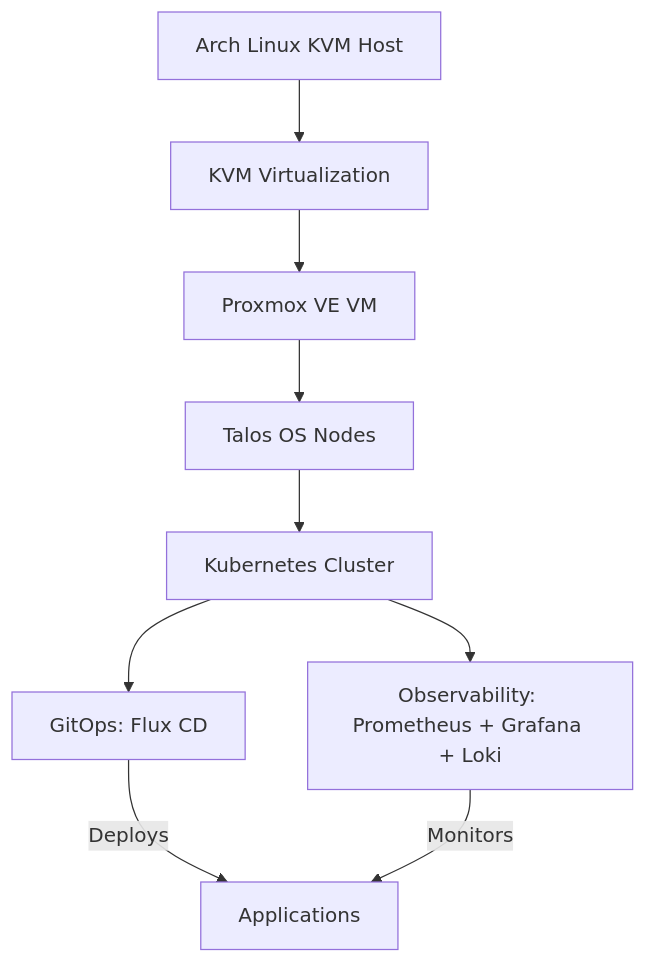
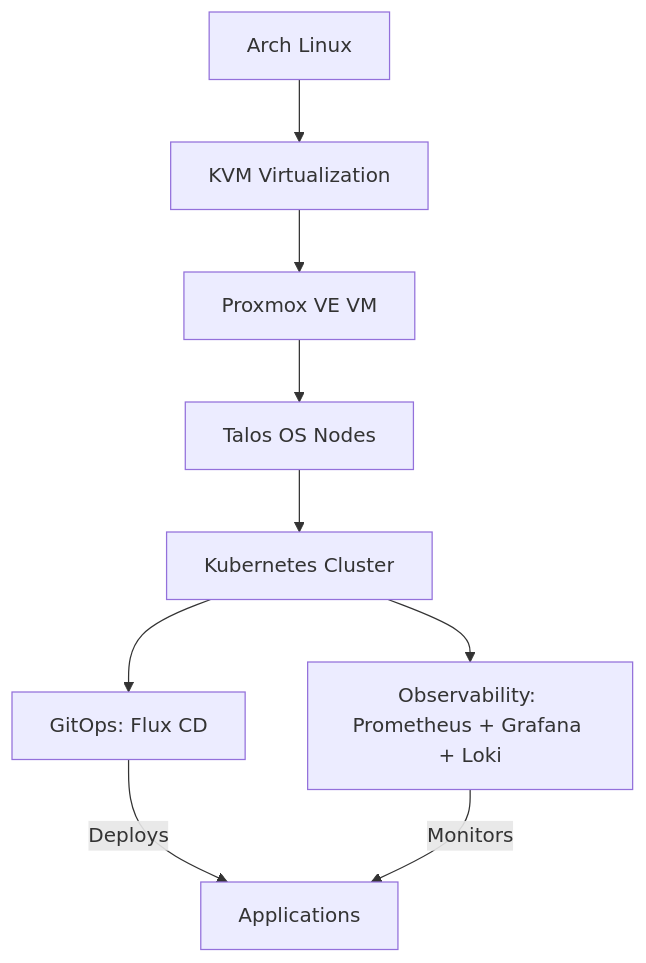
One commit to odrianoaliveira/homelab changed the diagram in docs/automated-k8s-cluster.md. Above: the diagram before and after it, drawn with Mermaid.

Commit message:
Fix architecture diagram label for Arch Linux

````diff
--- a/docs/automated-k8s-cluster.md
+++ b/docs/automated-k8s-cluster.md
@@ -27,11 +27,11 @@
 ```mermaid
 graph TD;
-    A[Arch Linux KVM Host] --> B[KVM Virtualization];
+    A[Arch Linux] --> B[KVM Virtualization];
     B --> C[Proxmox VE VM];
     C --> D[Talos OS Nodes];
     D --> E[Kubernetes Cluster];
     E --> F[GitOps: Flux CD];
     E --> G[Observability: Prometheus + Grafana + Loki];
     F -->|Deploys| H[Applications];
     G -->|Monitors| H;
 ```
````
